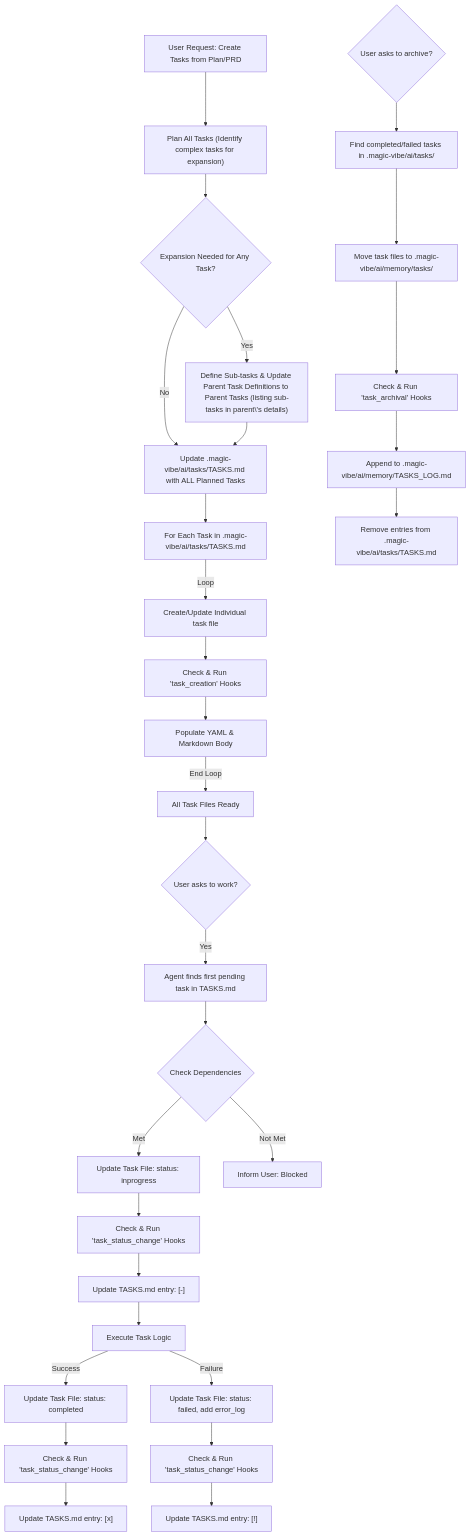
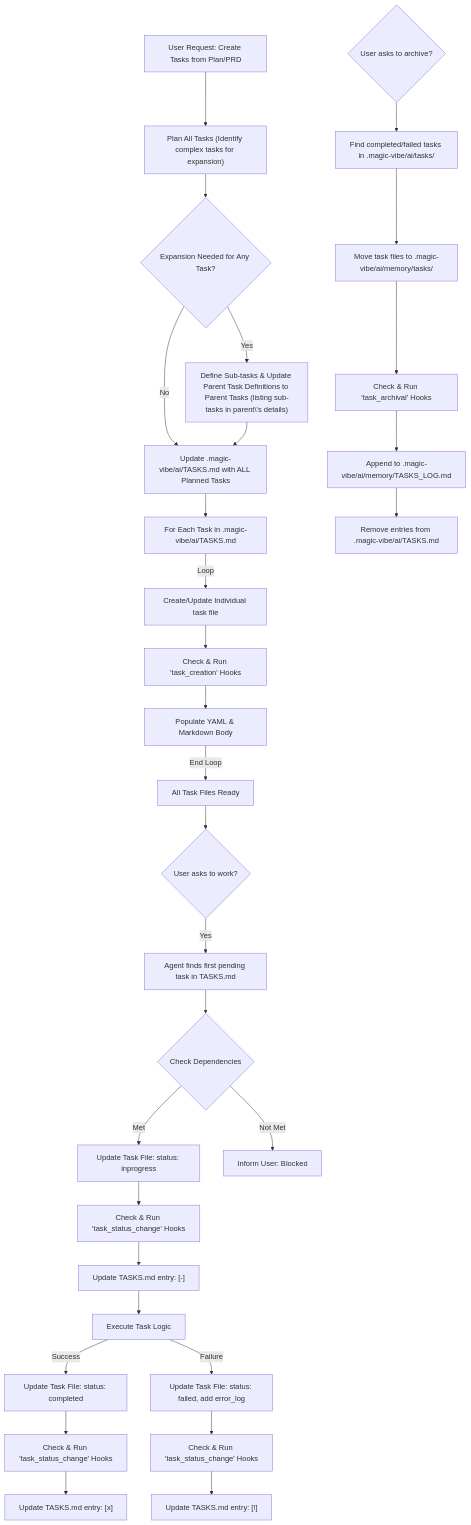
One commit to teratron/magic-vibe changed the diagram in .magic-vibe/rules/workflow.md. Above: the diagram before and after it, drawn with Mermaid. The commit also changed 14 other files, not shown here.

Commit message:
refactor(docs): update references from Task Magic to Magic Vibe and reorganize file structure

````diff
--- a/.magic-vibe/rules/workflow.md
+++ b/.magic-vibe/rules/workflow.md
@@ -5,32 +5,32 @@
 ```mermaid
 graph TD
   A[User Request: Create Tasks from Plan/PRD] --> B["Plan All Tasks (Identify complex tasks for expansion)"];
   B --> B1{Expansion Needed for Any Task?};
   B1 -- Yes --> B2["Define Sub-tasks & Update Parent Task Definitions to Parent Tasks (listing sub-tasks in parent\'s details)"];
   B1 -- No --> C;
-  B2 --> C["Update .magic-vibe/ai/tasks/TASKS.md with ALL Planned Tasks"];
-  C --> D["For Each Task in .magic-vibe/ai/tasks/TASKS.md"];
+  B2 --> C["Update .magic-vibe/ai/TASKS.md with ALL Planned Tasks"];
+  C --> D["For Each Task in .magic-vibe/ai/TASKS.md"];
   D -- Loop --> E["Create/Update Individual task file"];
   E --> E_HOOK["Check & Run 'task_creation' Hooks"];
   E_HOOK --> F["Populate YAML & Markdown Body"];
   F -- End Loop --> G[All Task Files Ready];
   G --> H{User asks to work?};
   H -- Yes --> I["Agent finds first pending task in TASKS.md"];
   I --> J{Check Dependencies};
   J -- Met --> K["Update Task File: status: inprogress"];
   K --> K_HOOK["Check & Run 'task_status_change' Hooks"];
   K_HOOK --> L["Update TASKS.md entry: [-]"];
   L --> M[Execute Task Logic];
   M -- Success --> N["Update Task File: status: completed"];
   N --> N_HOOK["Check & Run 'task_status_change' Hooks"];
   N_HOOK --> O["Update TASKS.md entry: [x]"];
   M -- Failure --> P["Update Task File: status: failed, add error_log"];
   P --> P_HOOK["Check & Run 'task_status_change' Hooks"];
   P_HOOK --> Q["Update TASKS.md entry: [!]"];
   J -- Not Met --> R[Inform User: Blocked];
   S{User asks to archive?} --> T["Find completed/failed tasks in .magic-vibe/ai/tasks/"];
   T --> U["Move task files to .magic-vibe/ai/memory/tasks/"];
   U --> U_HOOK["Check & Run 'task_archival' Hooks"];
   U_HOOK --> V["Append to .magic-vibe/ai/memory/TASKS_LOG.md"];
-  V --> W["Remove entries from .magic-vibe/ai/tasks/TASKS.md"];
+  V --> W["Remove entries from .magic-vibe/ai/TASKS.md"];
 ```
````
